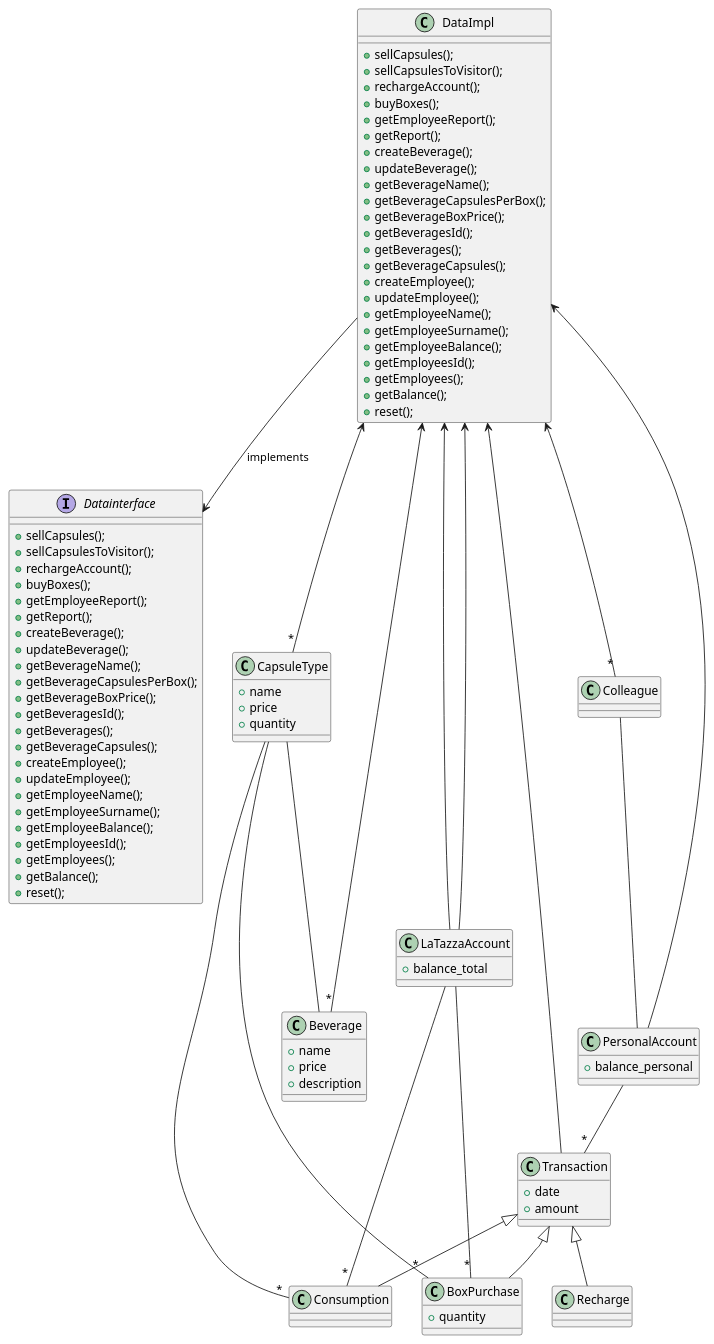
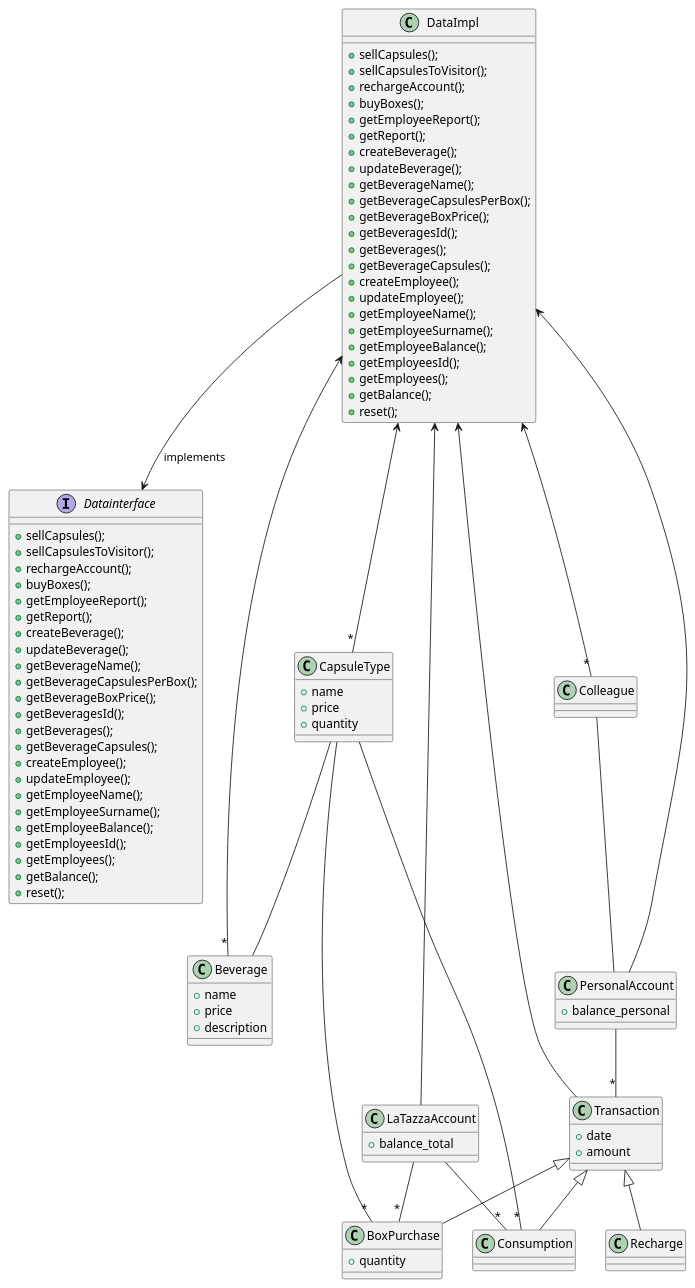
Before and after one commit to salvatore-dimartino/LaTazza: the third of 7 diagrams in templates/DesignDocumentTemplate.md, drawn with PlantUML.

```diff
--- a/templates/DesignDocumentTemplate.md
+++ b/templates/DesignDocumentTemplate.md
@@ -136,8 +136,6 @@
 + balance_total
 }
 
-LaTazzaAccount --> DataImpl
-
 class Beverage {
 + name
 + price
```
